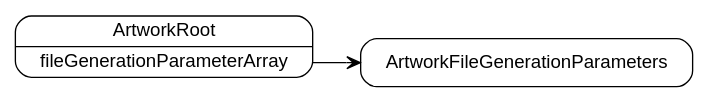
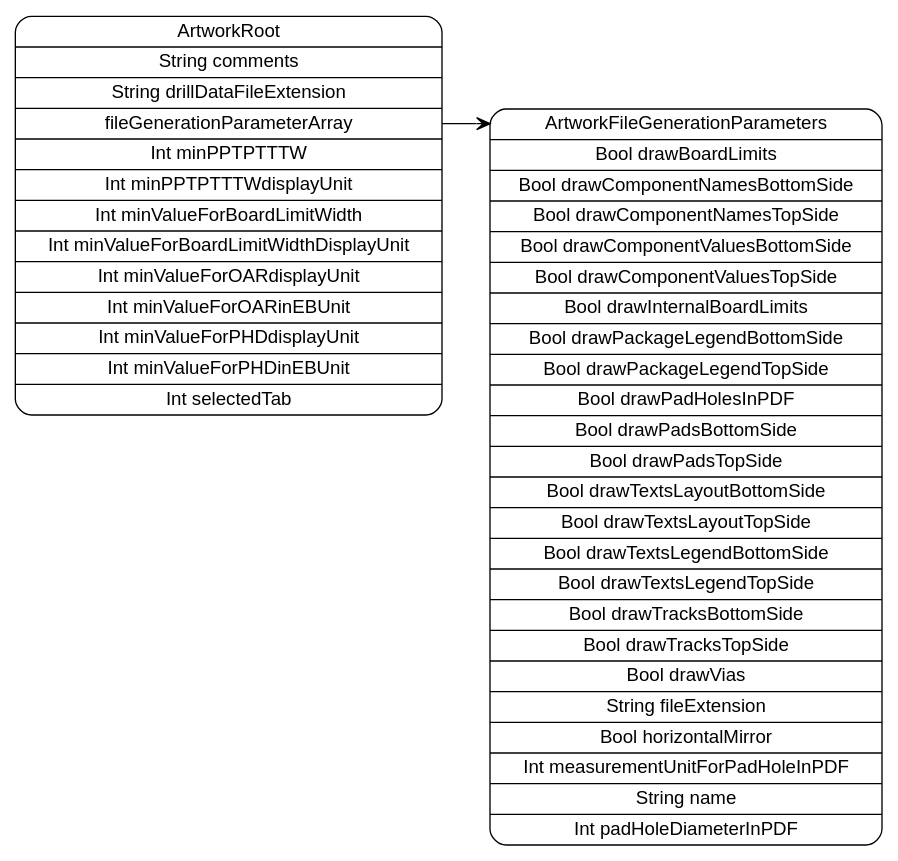
Before and after one commit to pierremolinaro/ElCanari-dev: the diagram in models/ArtworkRoot.dot, drawn with Graphviz. The commit also changed 12 other files, not shown here.

```diff
--- a/models/ArtworkRoot.dot
+++ b/models/ArtworkRoot.dot
@@ -1,7 +1,7 @@
 digraph G {
   rankdir=LR ;
   node [shape=record fontname=helvetica style=rounded] ;
-  ArtworkRoot[label="<ArtworkRoot>ArtworkRoot|<fileGenerationParameterArray>fileGenerationParameterArray"] ;
-  ArtworkFileGenerationParameters[label="<ArtworkFileGenerationParameters>ArtworkFileGenerationParameters"] ;
+  ArtworkRoot[label="<ArtworkRoot>ArtworkRoot|String comments|String drillDataFileExtension|<fileGenerationParameterArray>fileGenerationParameterArray|Int minPPTPTTTW|Int minPPTPTTTWdisplayUnit|Int minValueForBoardLimitWidth|Int minValueForBoardLimitWidthDisplayUnit|Int minValueForOARdisplayUnit|Int minValueForOARinEBUnit|Int minValueForPHDdisplayUnit|Int minValueForPHDinEBUnit|Int selectedTab"] ;
+  ArtworkFileGenerationParameters[label="<ArtworkFileGenerationParameters>ArtworkFileGenerationParameters|Bool drawBoardLimits|Bool drawComponentNamesBottomSide|Bool drawComponentNamesTopSide|Bool drawComponentValuesBottomSide|Bool drawComponentValuesTopSide|Bool drawInternalBoardLimits|Bool drawPackageLegendBottomSide|Bool drawPackageLegendTopSide|Bool drawPadHolesInPDF|Bool drawPadsBottomSide|Bool drawPadsTopSide|Bool drawTextsLayoutBottomSide|Bool drawTextsLayoutTopSide|Bool drawTextsLegendBottomSide|Bool drawTextsLegendTopSide|Bool drawTracksBottomSide|Bool drawTracksTopSide|Bool drawVias|String fileExtension|Bool horizontalMirror|Int measurementUnitForPadHoleInPDF|String name|Int padHoleDiameterInPDF"] ;
   ArtworkRoot:fileGenerationParameterArray -> ArtworkFileGenerationParameters:ArtworkFileGenerationParameters [dir=both arrowtail=none arrowhead=vee] ;
 }
```
